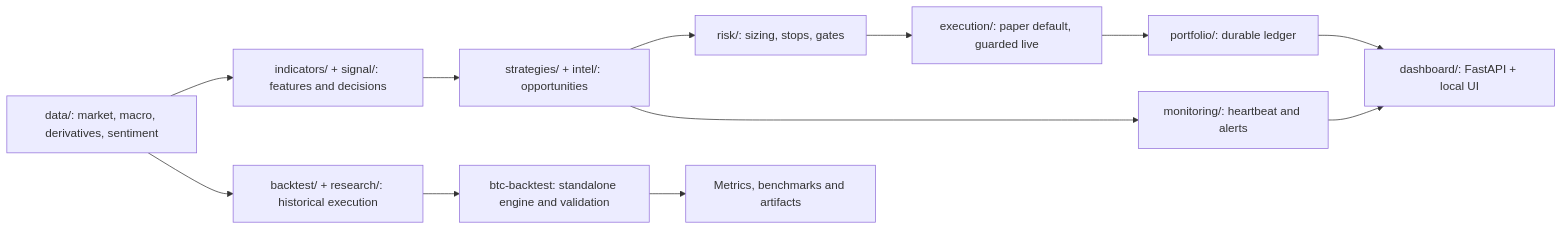
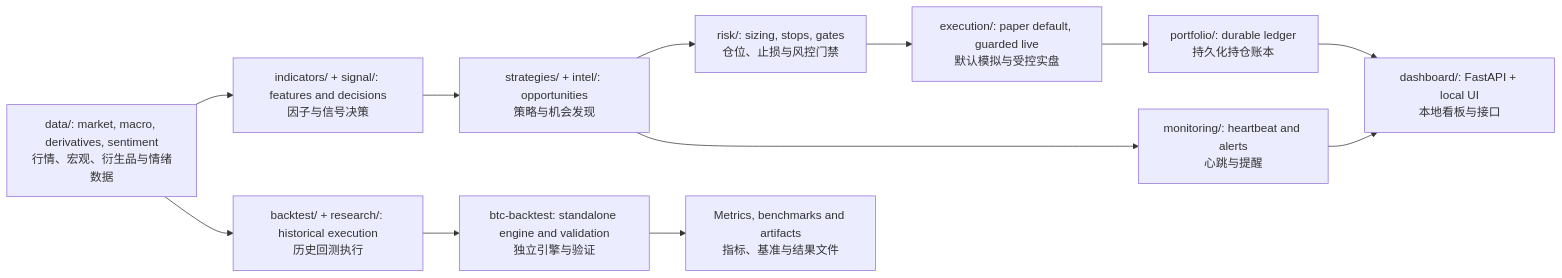
The second of 4 diagrams in docs/technical-architecture.md (bridge-win/qt), drawn with Mermaid before and after one commit. The commit also changed other lines of this file and 2 other files, not shown here.

````diff
--- a/docs/technical-architecture.md
+++ b/docs/technical-architecture.md
@@ -40,14 +47,14 @@
 ```mermaid
 flowchart LR
-  FEED["data/: market, macro, derivatives, sentiment"] --> FACT["indicators/ + signal/: features and decisions"]
-  FACT --> STRAT["strategies/ + intel/: opportunities"]
-  STRAT --> RISK["risk/: sizing, stops, gates"]
-  RISK --> BROKER["execution/: paper default, guarded live"]
-  BROKER --> BOOK["portfolio/: durable ledger"]
-  STRAT --> MON["monitoring/: heartbeat and alerts"]
-  BOOK --> DASH["dashboard/: FastAPI + local UI"]
+  FEED["data/: market, macro, derivatives, sentiment<br/>行情、宏观、衍生品与情绪数据"] --> FACT["indicators/ + signal/: features and decisions<br/>因子与信号决策"]
+  FACT --> STRAT["strategies/ + intel/: opportunities<br/>策略与机会发现"]
+  STRAT --> RISK["risk/: sizing, stops, gates<br/>仓位、止损与风控门禁"]
+  RISK --> BROKER["execution/: paper default, guarded live<br/>默认模拟与受控实盘"]
+  BROKER --> BOOK["portfolio/: durable ledger<br/>持久化持仓账本"]
+  STRAT --> MON["monitoring/: heartbeat and alerts<br/>心跳与提醒"]
+  BOOK --> DASH["dashboard/: FastAPI + local UI<br/>本地看板与接口"]
   MON --> DASH
-  FEED --> BT["backtest/ + research/: historical execution"]
-  BT --> PKG["btc-backtest: standalone engine and validation"]
-  PKG --> REPORT["Metrics, benchmarks and artifacts"]
+  FEED --> BT["backtest/ + research/: historical execution<br/>历史回测执行"]
+  BT --> PKG["btc-backtest: standalone engine and validation<br/>独立引擎与验证"]
+  PKG --> REPORT["Metrics, benchmarks and artifacts<br/>指标、基准与结果文件"]
 ```
````
